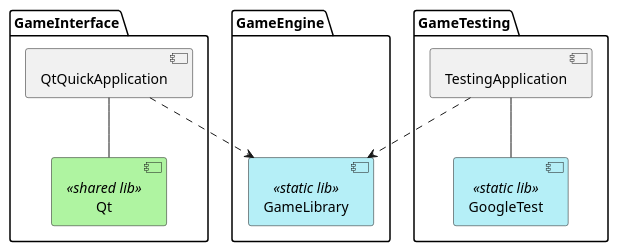
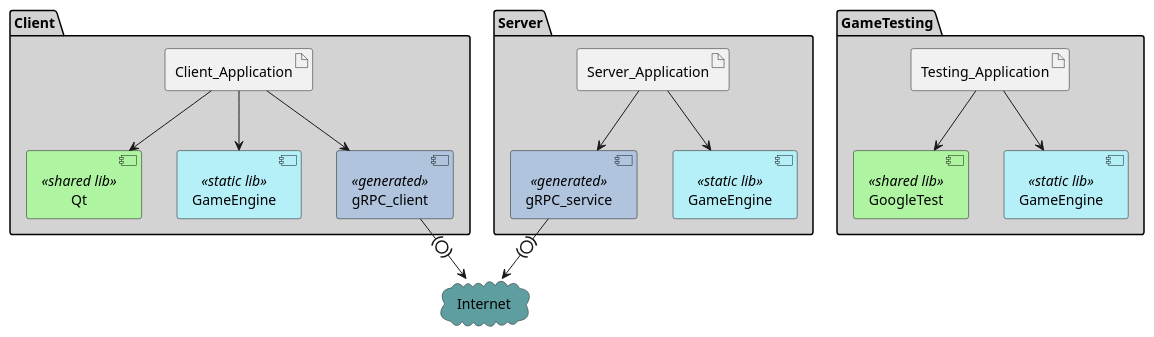
Before and after one commit to sedoski20/chessGame: the diagram in doc/component_diagram.wsd, drawn with PlantUML. The commit also changed 2 other files, not shown here.

```diff
--- a/doc/component_diagram.wsd
+++ b/doc/component_diagram.wsd
@@ -1,32 +1,43 @@
 @startuml
 
-
-    package GameInterface {
-        component QtQuickApplication
+    package Client #LightGrey {
+        artifact Client_Application
         component Qt <<shared lib>>
+        component GameEngine as game1 <<static lib>>
+        component gRPC_client as gRPC1 <<generated>>
     }
 
-    package GameEngine {
-        component hidden
-        component GameLibrary  <<static lib>>
+    package Server #LightGrey {     
+            artifact Server_Application  
+            component gRPC_service as gRPC2 <<generated>>
+            component GameEngine as game2 <<static lib>>
     }
 
-    package GameTesting {
-        component TestingApplication
-        component GoogleTest <<static lib>>
+    cloud Internet as i1 #CadetBlue
+
+    package GameTesting #LightGrey {
+        artifact Testing_Application
+        component GoogleTest <<shared lib>>
+        component GameEngine as game3 <<static lib>>
     }
 
     skinparam component {
         backgroundColor<<static lib>> #B5EFF7
         backgroundColor<<shared lib>> #AFF4A1
+        backgroundColor<<generated>> #LightSteelBlue
     }
 
     hide hidden
-    hidden -- GameLibrary
-    QtQuickApplication -- Qt
-    QtQuickApplication ..> GameLibrary
-    TestingApplication ..> GameLibrary
-    TestingApplication -- GoogleTest
+    Client_Application --> Qt
+    Client_Application --> game1
+    Client_Application --> gRPC1
+    gRPC1 -(0)-> i1
 
+    Server_Application --> gRPC2
+    Server_Application --> game2
+    gRPC2 -(0)-> i1
+
+    Testing_Application --> GoogleTest
+    Testing_Application --> game3
 
 @enduml
```
